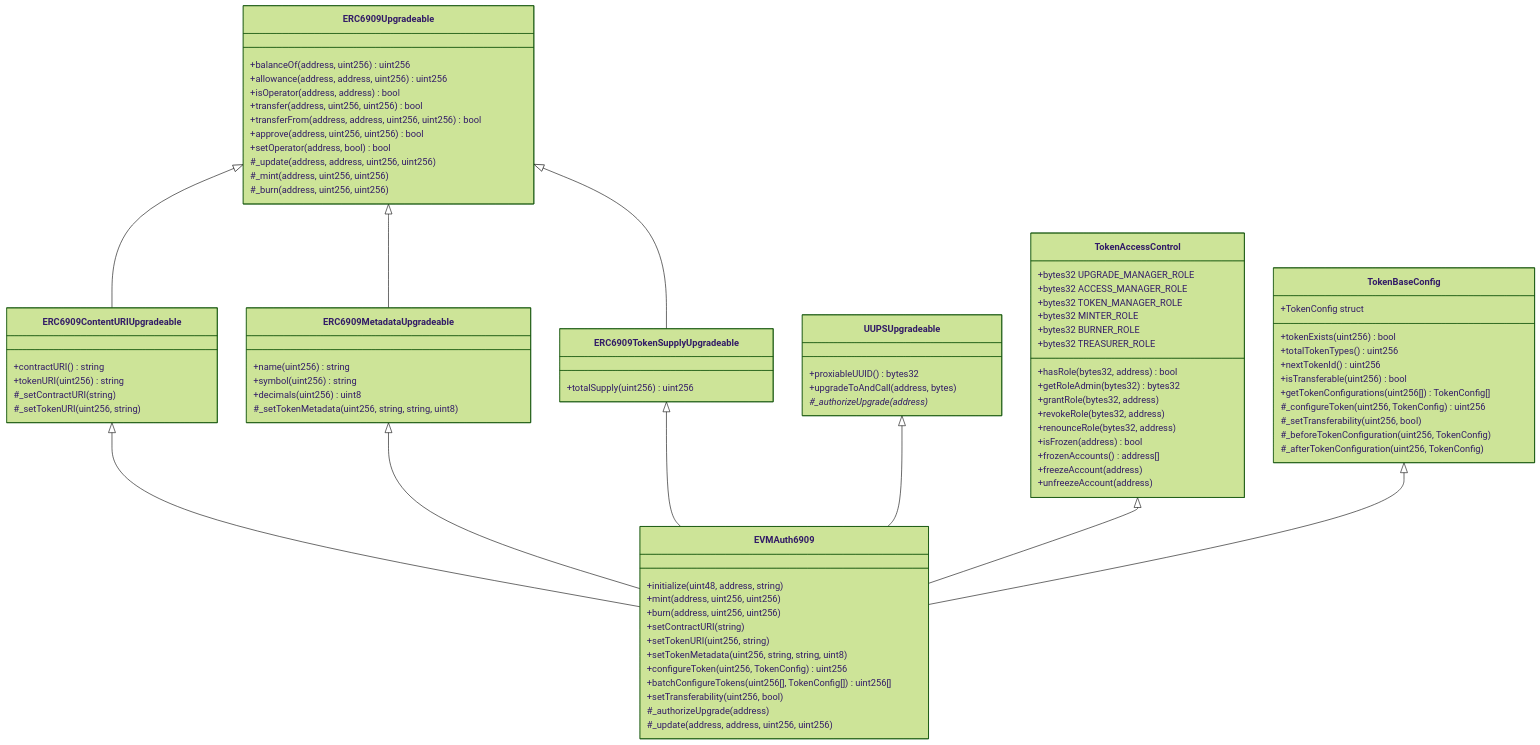
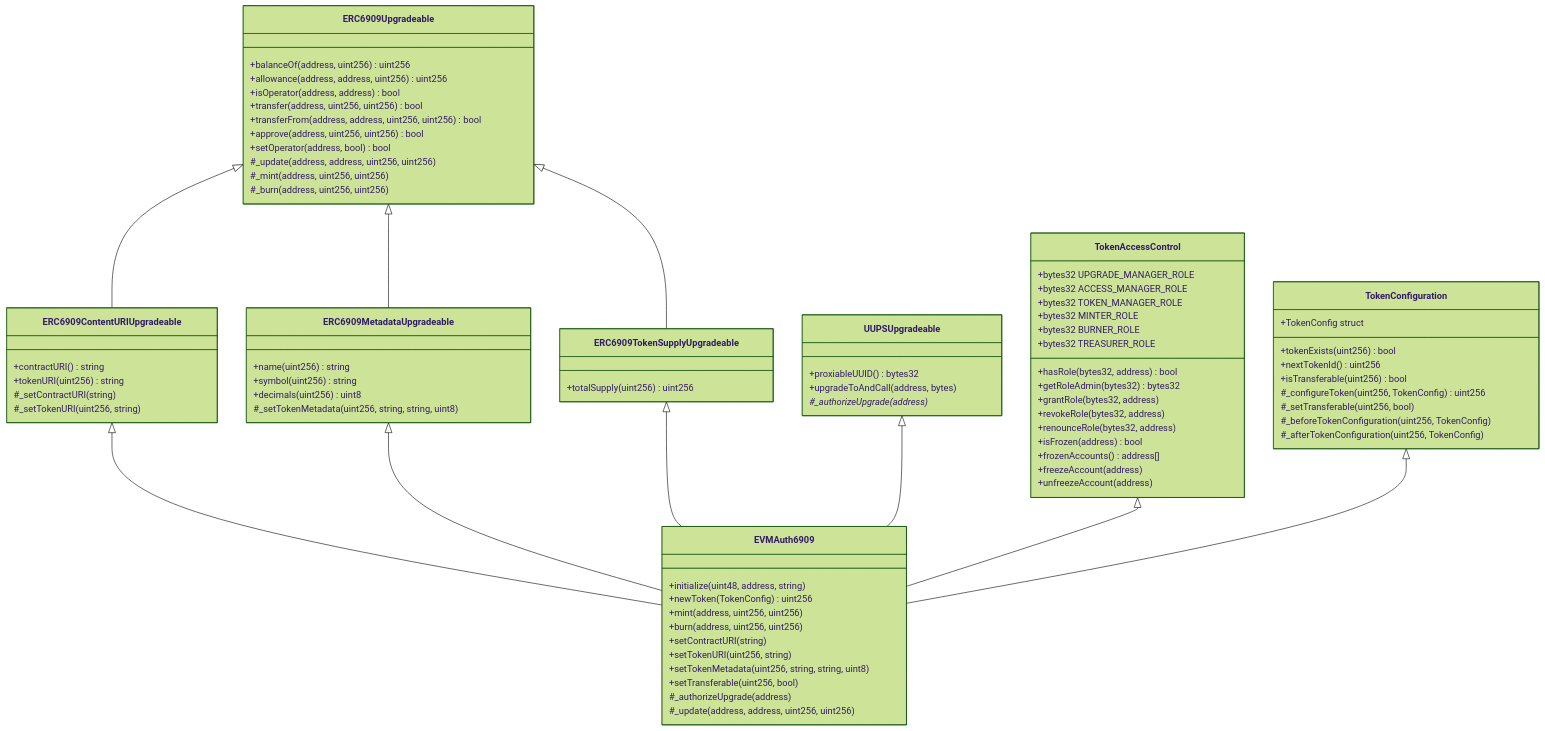
Diagram 13 of 18 in src/README.md (glanzz/evmauth-core), drawn with Mermaid (forest theme) before and after one commit. The commit also changed other lines of this file and 28 other files, not shown here.

Commit message:
refactor: simplify token config

````diff
--- a/src/README.md
+++ b/src/README.md
@@ -736,28 +686,25 @@
         +freezeAccount(address)
         +unfreezeAccount(address)
     }
-    class TokenBaseConfig{
+    class TokenConfiguration{
         +TokenConfig struct
         +tokenExists(uint256) bool
-        +totalTokenTypes() uint256
         +nextTokenId() uint256
         +isTransferable(uint256) bool
-        +getTokenConfigurations(uint256[]) TokenConfig[]
         #_configureToken(uint256, TokenConfig) uint256
-        #_setTransferability(uint256, bool)
+        #_setTransferable(uint256, bool)
         #_beforeTokenConfiguration(uint256, TokenConfig)
         #_afterTokenConfiguration(uint256, TokenConfig)
     }
     class EVMAuth6909{
         +initialize(uint48, address, string)
+        +newToken(TokenConfig) uint256
         +mint(address, uint256, uint256)
         +burn(address, uint256, uint256)
         +setContractURI(string)
         +setTokenURI(uint256, string)
         +setTokenMetadata(uint256, string, string, uint8)
-        +configureToken(uint256, TokenConfig) uint256
-        +batchConfigureTokens(uint256[], TokenConfig[]) uint256[]
-        +setTransferability(uint256, bool)
+        +setTransferable(uint256, bool)
         #_authorizeUpgrade(address)
         #_update(address, address, uint256, uint256)
     }
@@ -770,5 +717,5 @@
     ERC6909TokenSupplyUpgradeable <|-- EVMAuth6909
     UUPSUpgradeable <|-- EVMAuth6909
     TokenAccessControl <|-- EVMAuth6909
-    TokenBaseConfig <|-- EVMAuth6909
+    TokenConfiguration <|-- EVMAuth6909
 ```
````
